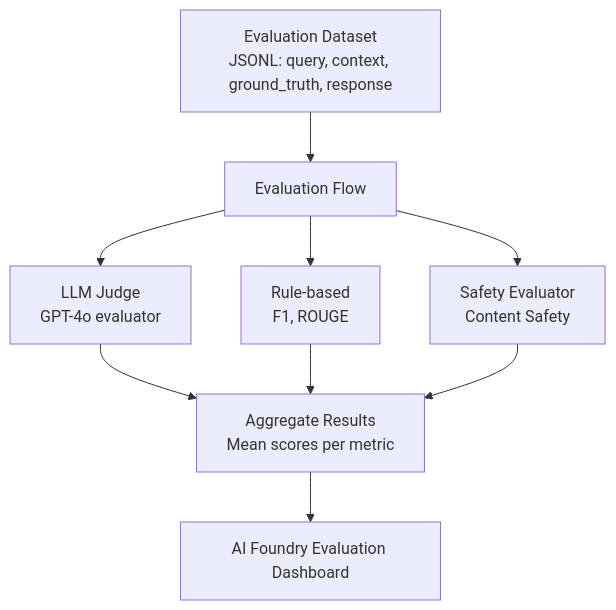
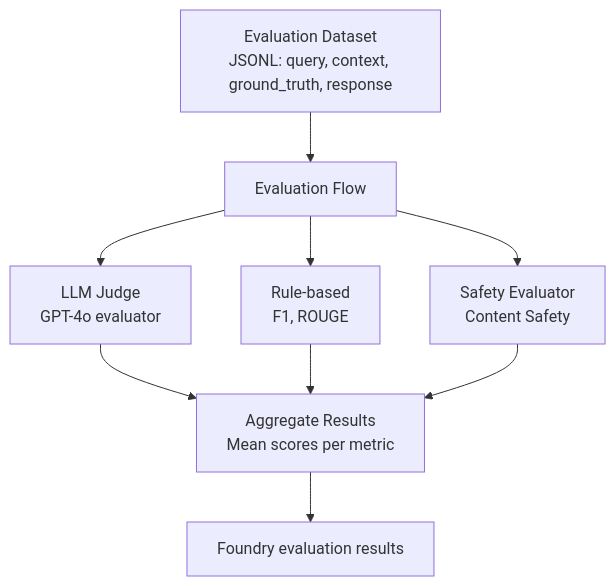
One commit to ajeetchouksey/ajch_skillup changed the second of 7 diagrams in content/skillup/ab100/notes/ab100-d3-monitor-test.md. Above: the diagram before and after it, drawn with Mermaid. The commit also changed other lines of this file and 155 other files, not shown here.

````diff
--- a/content/skillup/ab100/notes/ab100-d3-monitor-test.md
+++ b/content/skillup/ab100/notes/ab100-d3-monitor-test.md
@@ -63,11 +63,11 @@
 ```mermaid
 graph TD
     DS[Evaluation Dataset<br/>JSONL: query, context, ground_truth, response] --> EF[Evaluation Flow]
     EF --> LLM_JUDGE[LLM Judge<br/>GPT-4o evaluator]
     EF --> RULE[Rule-based<br/>F1, ROUGE]
     EF --> SAFE[Safety Evaluator<br/>Content Safety]
     LLM_JUDGE --> AGG[Aggregate Results<br/>Mean scores per metric]
     RULE --> AGG
     SAFE --> AGG
-    AGG --> DASH[AI Foundry Evaluation Dashboard]
+    AGG --> DASH[Foundry evaluation results]
 ```
````
